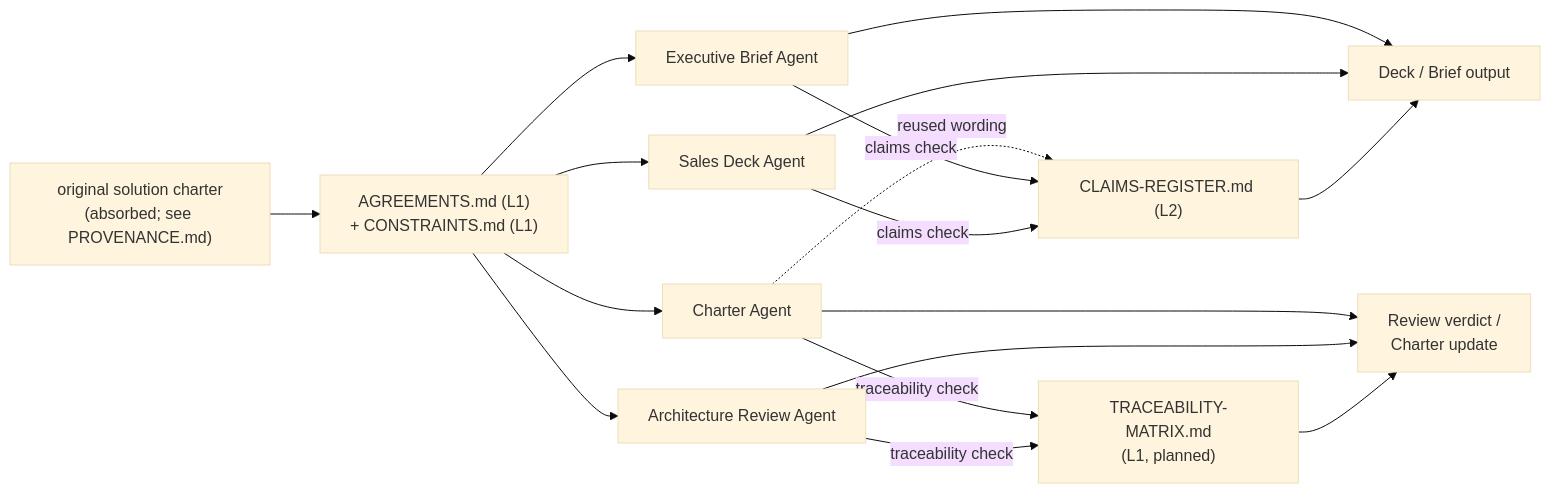
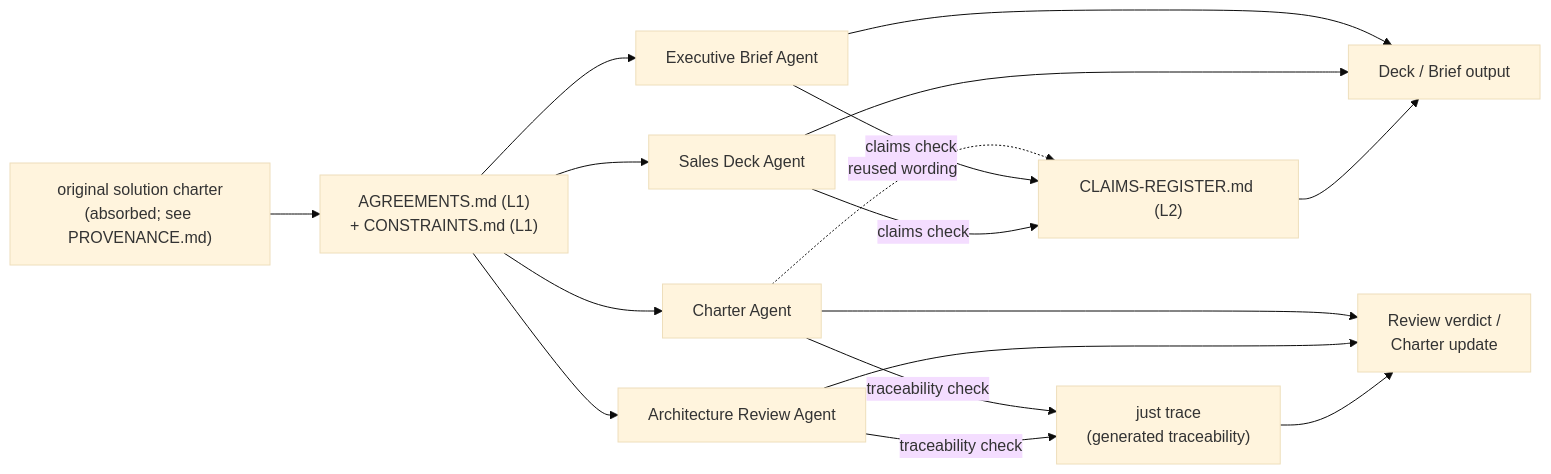
Before and after one commit to veglezMX/guardrails: the second of 2 diagrams in solution-docs/80-agent-inputs/OUTPUT-CONTRACTS.md, drawn with Mermaid (base theme). The commit also changed other lines of this file and 66 other files, not shown here.

````diff
--- a/solution-docs/80-agent-inputs/OUTPUT-CONTRACTS.md
+++ b/solution-docs/80-agent-inputs/OUTPUT-CONTRACTS.md
@@ -180,24 +181,24 @@
 ```mermaid
 flowchart LR
     SEED["original solution charter\n(absorbed; see PROVENANCE.md)"] --> AGR["AGREEMENTS.md (L1)\n+ CONSTRAINTS.md (L1)"]
     AGR --> SDA["Sales Deck Agent"]
     AGR --> ARA["Architecture Review Agent"]
     AGR --> EBA["Executive Brief Agent"]
     AGR --> CHA["Charter Agent"]
 
     CR["CLAIMS-REGISTER.md (L2)"]
-    TM["TRACEABILITY-MATRIX.md\n(L1, planned)"]
+    TM["just trace\n(generated traceability)"]
 
     SDA -- "claims check" --> CR
     EBA -- "claims check" --> CR
     ARA -- "traceability check" --> TM
     CHA -- "traceability check" --> TM
     CHA -. "reused wording" .-> CR
 
     CR --> OUT1["Deck / Brief output"]
     TM --> OUT2["Review verdict /\nCharter update"]
     SDA --> OUT1
     EBA --> OUT1
     ARA --> OUT2
     CHA --> OUT2
 ```
````
